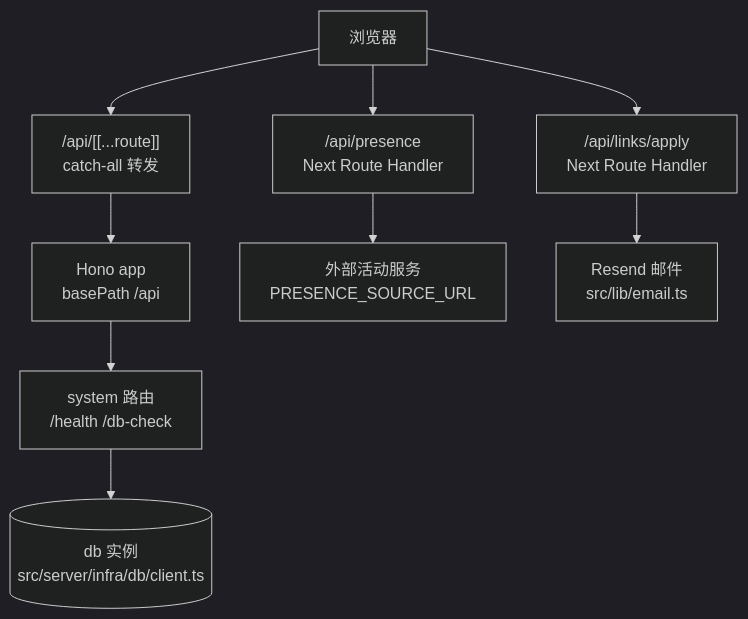
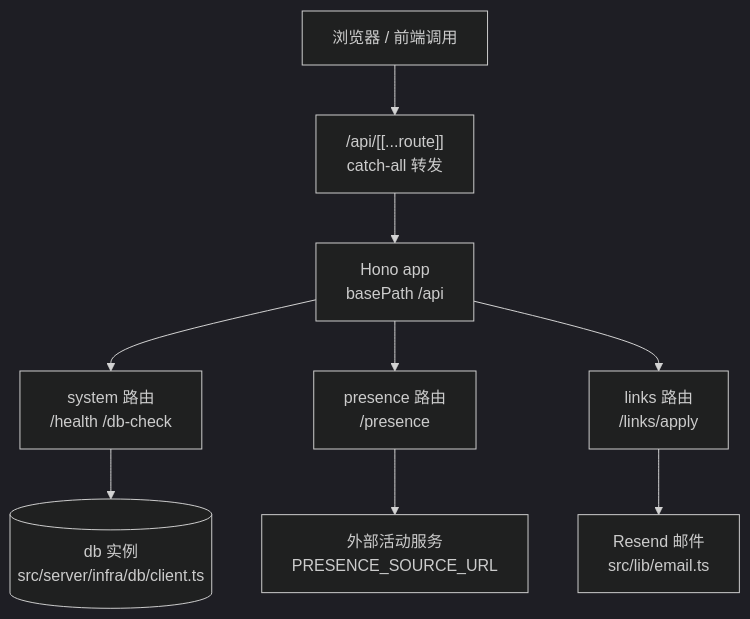
The diagram in .trellis/spec/backend/api-design-guidelines.md (xidongdong-153/blog), drawn with Mermaid before and after one commit. The commit also changed other lines of this file and 7 other files, not shown here.

````diff
--- a/.trellis/spec/backend/api-design-guidelines.md
+++ b/.trellis/spec/backend/api-design-guidelines.md
@@ -85,12 +86,12 @@
 ```mermaid
 %%{init: {"theme": "dark"}}%%
 flowchart TD
-  B["浏览器"] --> P["/api/presence<br/>Next Route Handler"]
-  B --> L["/api/links/apply<br/>Next Route Handler"]
-  B --> C["/api/[[...route]]<br/>catch-all 转发"]
+  B["浏览器 / 前端调用"] --> C["/api/[[...route]]<br/>catch-all 转发"]
   C --> H["Hono app<br/>basePath /api"]
   H --> S["system 路由<br/>/health /db-check"]
+  H --> P["presence 路由<br/>/presence"]
+  H --> L["links 路由<br/>/links/apply"]
   S --> DB[("db 实例<br/>src/server/infra/db/client.ts")]
   P --> EXT["外部活动服务<br/>PRESENCE_SOURCE_URL"]
   L --> MAIL["Resend 邮件<br/>src/lib/email.ts"]
 ```
````
